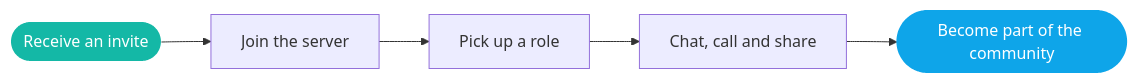
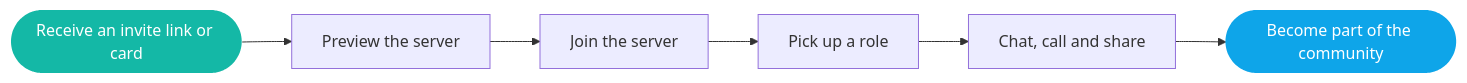
Before and after one commit to Zenix-Developers/Quorum-Showcase: the second of 4 diagrams in README.md, drawn with Mermaid. The commit also changed other lines of this file and 1 other file, not shown here.

````diff
--- a/README.md
+++ b/README.md
@@ -52,9 +63,10 @@
 ```mermaid
 flowchart LR
-    A([Receive an invite]) --> B[Join the server]
-    B --> C[Pick up a role]
-    C --> D[Chat, call and share]
-    D --> E([Become part of the community])
+    A([Receive an invite link or card]) --> B[Preview the server]
+    B --> C[Join the server]
+    C --> D[Pick up a role]
+    D --> E[Chat, call and share]
+    E --> F([Become part of the community])
     style A fill:#14b8a6,color:#fff,stroke:none
-    style E fill:#0ea5e9,color:#fff,stroke:none
+    style F fill:#0ea5e9,color:#fff,stroke:none
 ```
````
